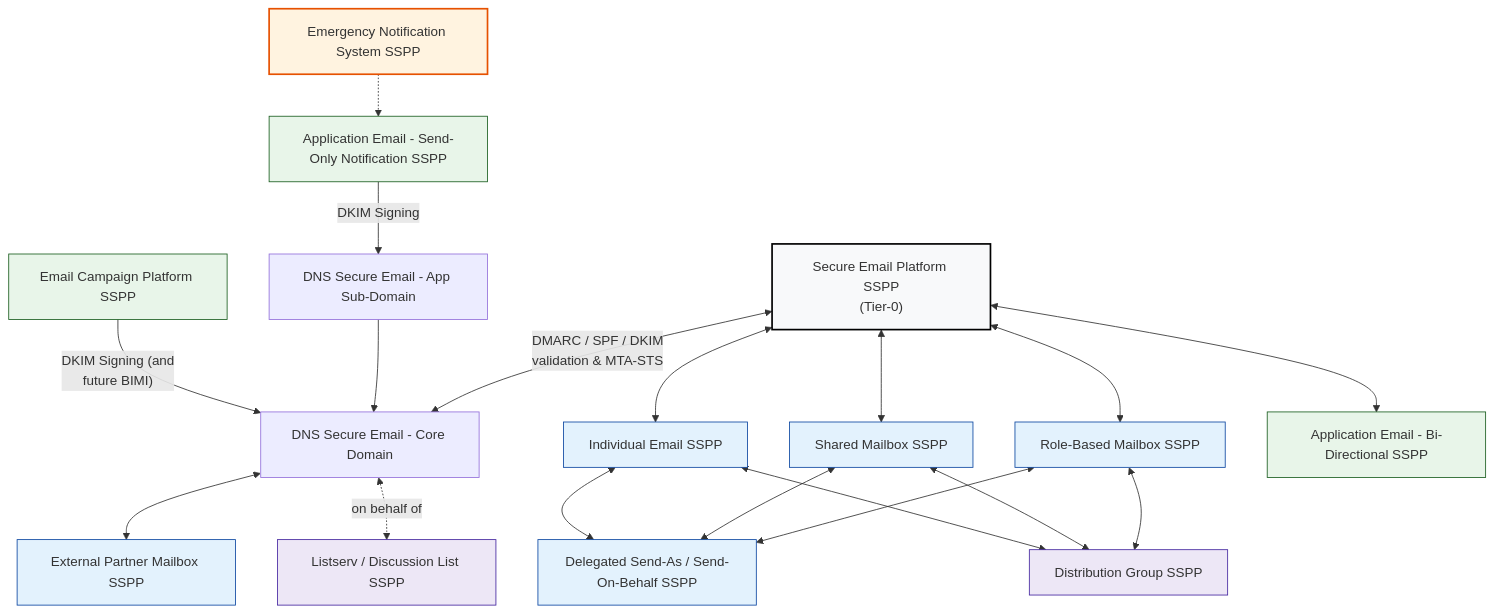
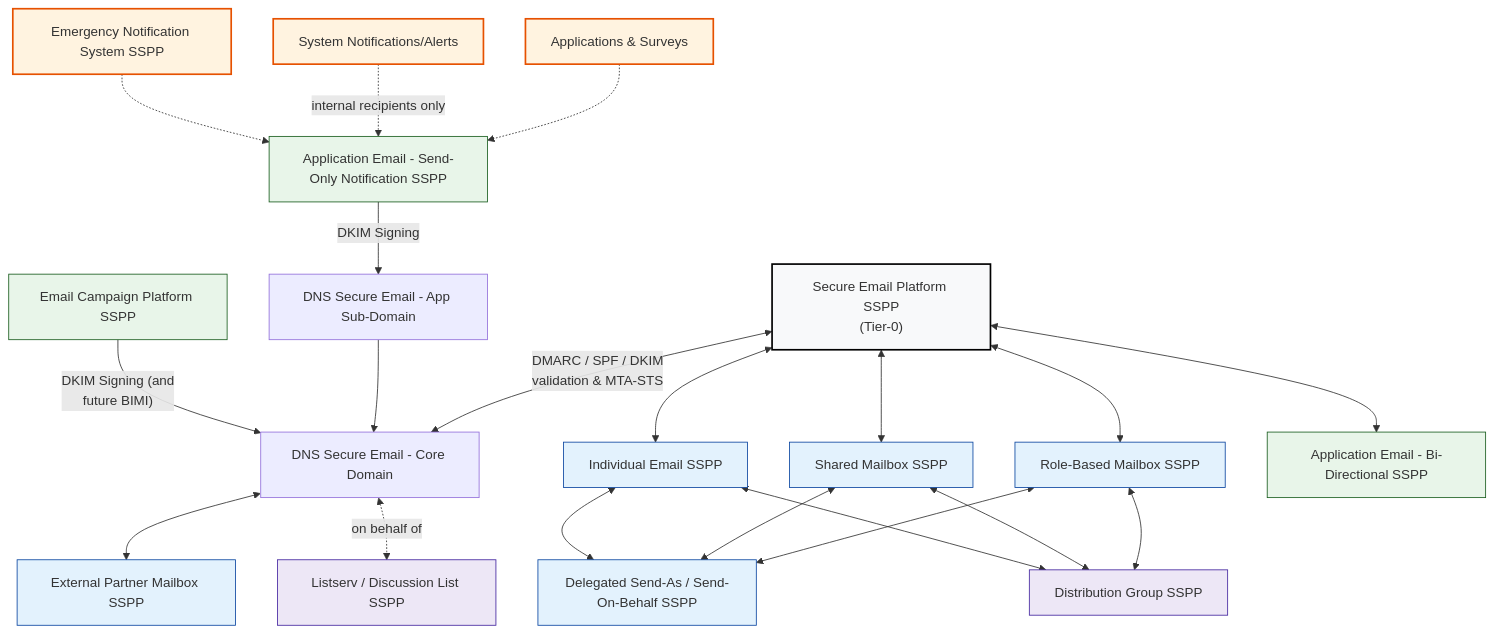
Before and after one commit to bionicspy/oscal-content: the diagram in templates/secure-email/README.md, drawn with Mermaid. The commit also changed 10 other files, not shown here.

````diff
--- a/templates/secure-email/README.md
+++ b/templates/secure-email/README.md
@@ -275,52 +275,53 @@
 ```mermaid
 flowchart TB
     %% Core Platform
     %% Scale messaging
     CAMP["Email Campaign Platform SSPP"] --DKIM Signing (and<br>future BIMI)--> DNSC
     SEP["Secure Email Platform SSPP<br>(Tier-0)"]
 
     %% Human email
     SEP <--> IND["Individual Email SSPP"]
     DEL["Delegated Send-As / Send-On-Behalf SSPP"]
     SEP <--> SHR["Shared Mailbox SSPP"]
     SEP <--> ROLE["Role-Based Mailbox SSPP"]
     DG["Distribution Group SSPP"]
 
 
     %% Applications & automation
     APPN["Application Email - Send-Only Notification SSPP"] --DKIM Signing--> DNSA["DNS Secure Email - App Sub-Domain"] --> DNSC
     SEP <--> APPB["Application Email - Bi-Directional SSPP"]
 
     DNSC["DNS Secure Email - Core Domain"]
     SEP <--"DMARC / SPF / DKIM<br> validation & MTA-STS"--> DNSC <--> EXT["External Partner Mailbox SSPP"]
 
     IND <--> DEL
     SHR <--> DEL
     ROLE <--> DEL
     IND <--> DG
     SHR <--> DG
     ROLE <--> DG
 
 
     %% Broadcast & collaboration
     DNSC <-.on behalf of.-> LIST["Listserv / Discussion List SSPP"]
 
     %% Life‑safety
     EMERG["Emergency Notification System SSPP"] -.-> APPN
-
+    SYS["System Notifications/Alerts"] -.-> |internal recipients only|APPN
+    SURV["Applications & Surveys"] -.-> APPN
 
 
 
     %% Styling
     classDef tier0 fill:#f8f9fa,stroke:#000,stroke-width:2px;
     classDef human fill:#e3f2fd,stroke:#0d47a1;
     classDef broadcast fill:#ede7f6,stroke:#4527a0;
     classDef app fill:#e8f5e9,stroke:#1b5e20;
     classDef critical fill:#fff3e0,stroke:#e65100,stroke-width:2px;
 
     class SEP tier0;
     class IND,DEL,SHR,ROLE,EXT human;
     class DG,LIST broadcast;
     class APPN,APPB,CAMP app;
-    class EMERG critical;
+    class EMERG,SYS,SURV critical;
 ```
````
